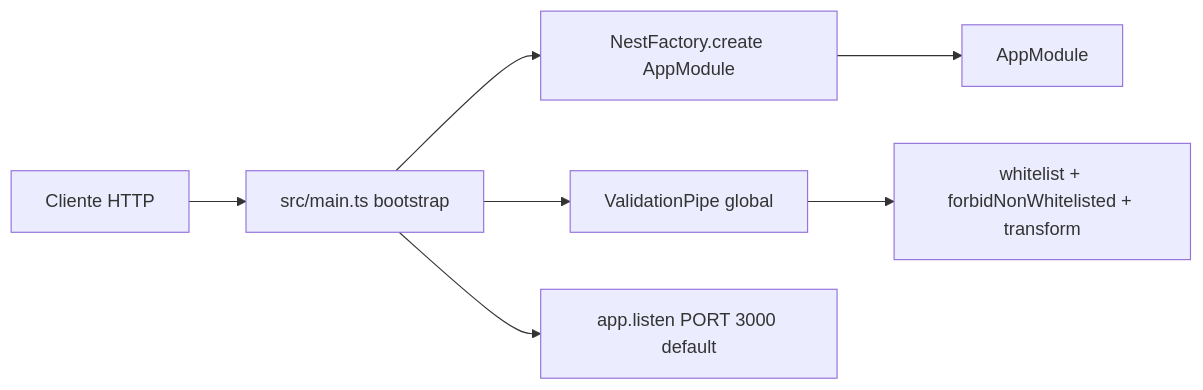
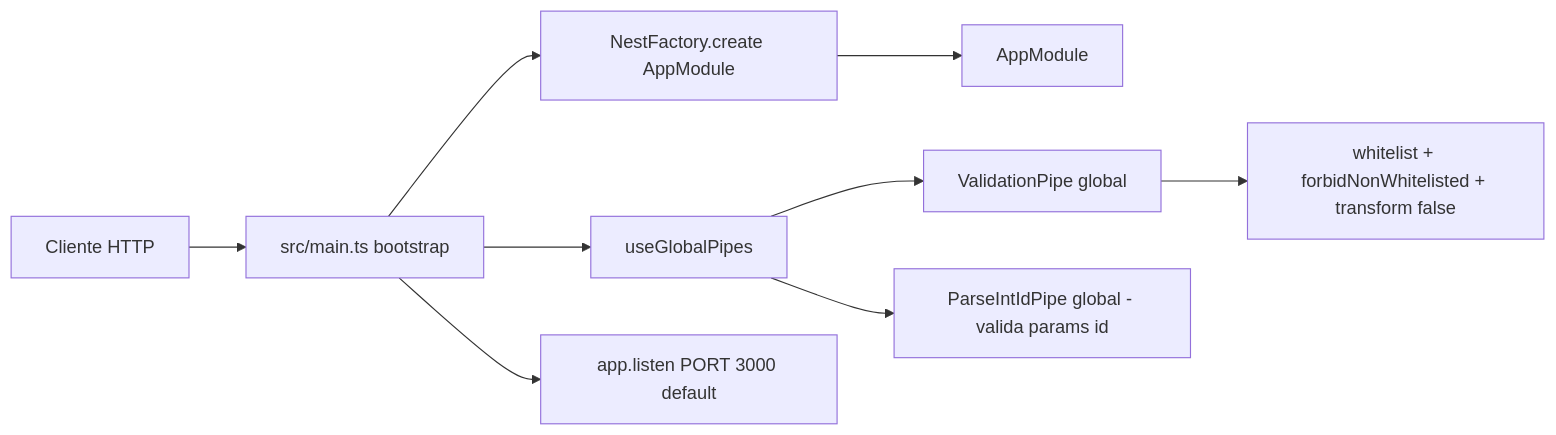
One commit to marreiro23/conceitos_nest changed the diagram in docs/app/flow-bootstrap-app.mmd. Above: the diagram before and after it, drawn with Mermaid. The commit also changed 21 other files, not shown here.

```diff
--- a/docs/app/flow-bootstrap-app.mmd
+++ b/docs/app/flow-bootstrap-app.mmd
@@ -1,7 +1,9 @@
 flowchart LR
   Client[Cliente HTTP] --> Main[src/main.ts bootstrap]
   Main --> NestFactory[NestFactory.create AppModule]
   NestFactory --> AppModule[AppModule]
-  Main --> ValidationPipe[ValidationPipe global]
-  ValidationPipe --> Rules[whitelist + forbidNonWhitelisted + transform]
+  Main --> GlobalPipes[useGlobalPipes]
+  GlobalPipes --> ValidationPipe[ValidationPipe global]
+  ValidationPipe --> Rules[whitelist + forbidNonWhitelisted + transform false]
+  GlobalPipes --> ParseIntIdPipeGlobal[ParseIntIdPipe global - valida params id]
   Main --> Listen[app.listen PORT 3000 default]
```
